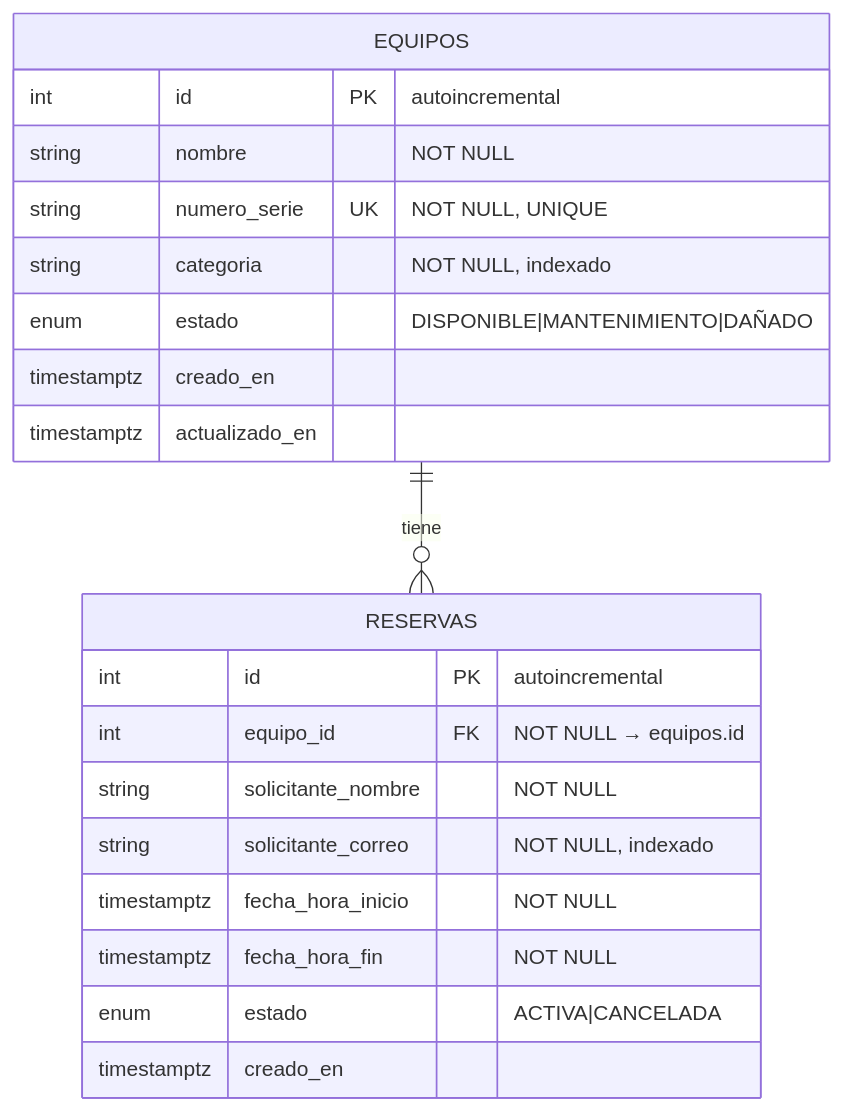
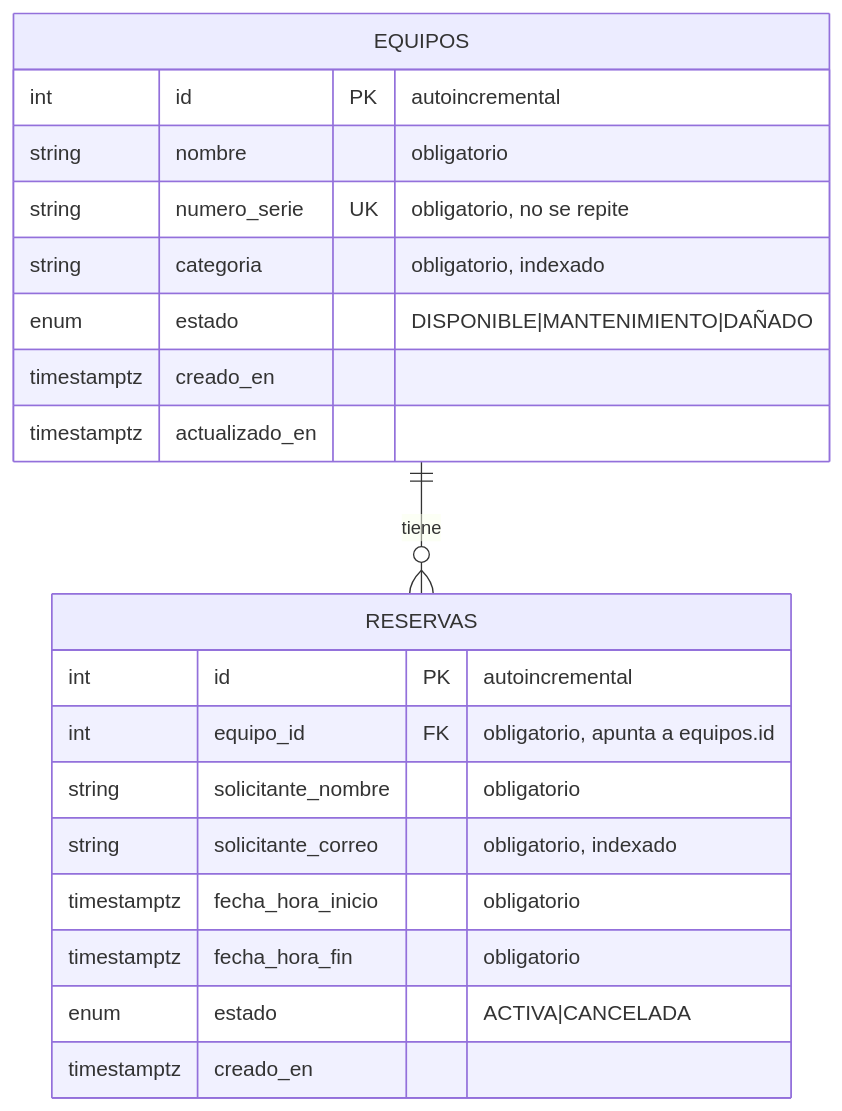
One commit to lisudea/technical-test-2026-2 changed the diagram in backend/docs/plan.md. Above: the diagram before and after it, drawn with Mermaid. The commit also changed other lines of this file and 4 other files, not shown here.

````diff
--- a/backend/docs/plan.md
+++ b/backend/docs/plan.md
@@ -119,25 +161,25 @@
 ```mermaid
 erDiagram
     EQUIPOS ||--o{ RESERVAS : "tiene"
 
     EQUIPOS {
         int id PK "autoincremental"
-        string nombre "NOT NULL"
-        string numero_serie UK "NOT NULL, UNIQUE"
-        string categoria "NOT NULL, indexado"
+        string nombre "obligatorio"
+        string numero_serie UK "obligatorio, no se repite"
+        string categoria "obligatorio, indexado"
         enum estado "DISPONIBLE|MANTENIMIENTO|DAÑADO"
         timestamptz creado_en
         timestamptz actualizado_en
     }
 
     RESERVAS {
         int id PK "autoincremental"
-        int equipo_id FK "NOT NULL → equipos.id"
-        string solicitante_nombre "NOT NULL"
-        string solicitante_correo "NOT NULL, indexado"
-        timestamptz fecha_hora_inicio "NOT NULL"
-        timestamptz fecha_hora_fin "NOT NULL"
+        int equipo_id FK "obligatorio, apunta a equipos.id"
+        string solicitante_nombre "obligatorio"
+        string solicitante_correo "obligatorio, indexado"
+        timestamptz fecha_hora_inicio "obligatorio"
+        timestamptz fecha_hora_fin "obligatorio"
         enum estado "ACTIVA|CANCELADA"
         timestamptz creado_en
     }
 ```
````
